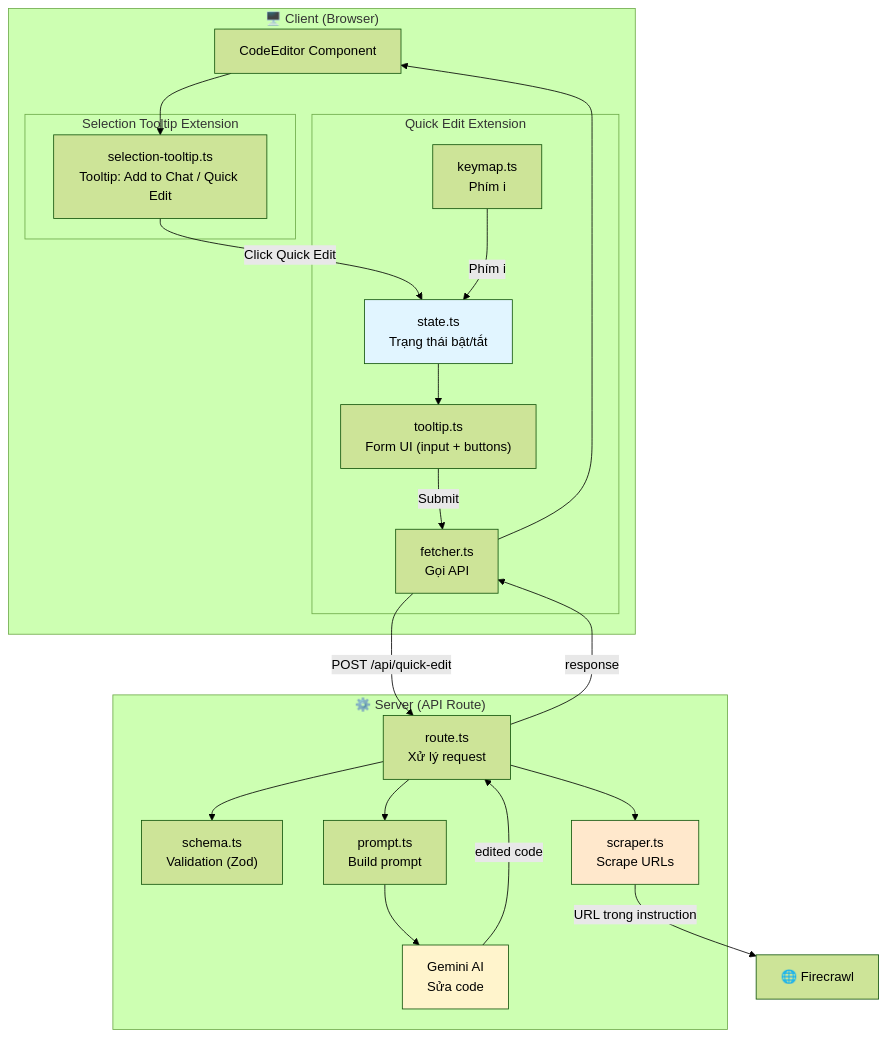
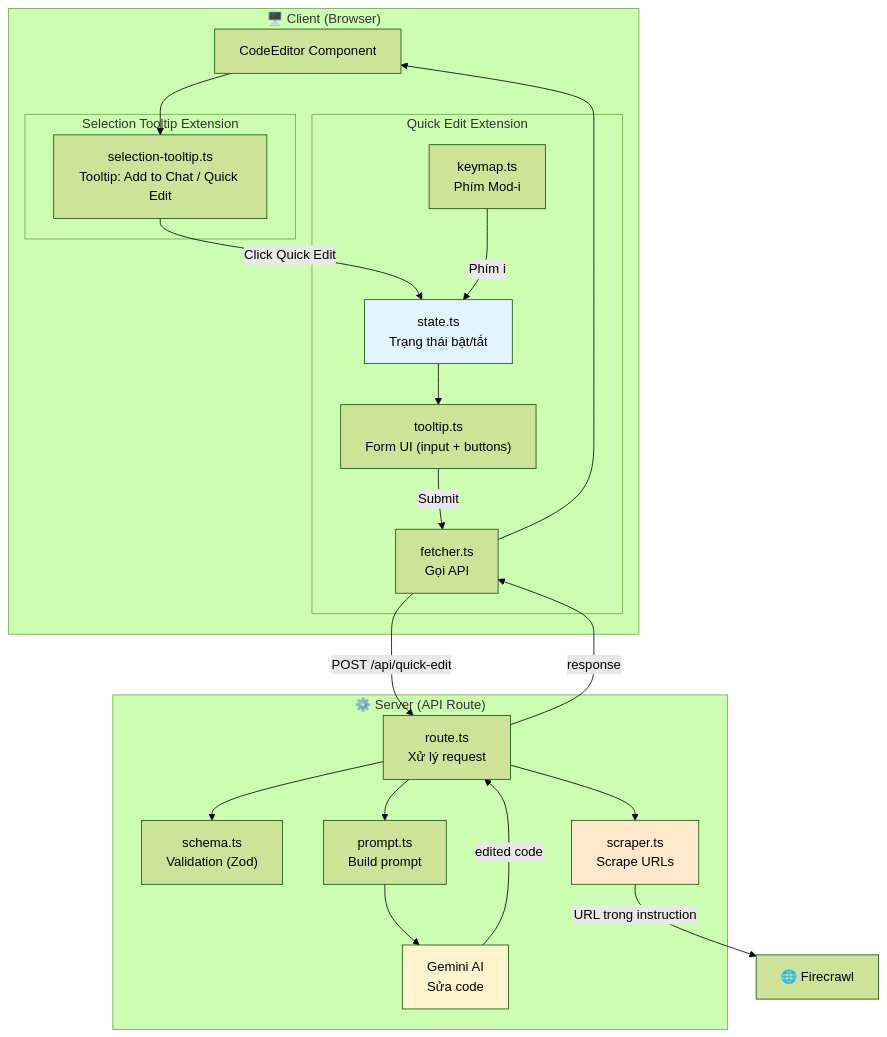
One commit to Code-with-Jok/v0-dev changed the first of 4 diagrams in docs/guides/13-quick-edit-feature.md. Above: the diagram before and after it, drawn with Mermaid (forest theme). The commit also changed other lines of this file and 17 other files, not shown here.

````diff
--- a/docs/guides/13-quick-edit-feature.md
+++ b/docs/guides/13-quick-edit-feature.md
@@ -20,44 +20,44 @@
 ```mermaid
 flowchart TD
     subgraph Client["🖥️ Client (Browser)"]
         Editor["CodeEditor Component"]
 
         subgraph SelectionExt["Selection Tooltip Extension"]
             SelTooltip["selection-tooltip.ts<br/>Tooltip: Add to Chat / Quick Edit"]
         end
 
         subgraph QuickEditExt["Quick Edit Extension"]
             QEState["state.ts<br/>Trạng thái bật/tắt"]
             QETooltip["tooltip.ts<br/>Form UI (input + buttons)"]
-            QEKeymap["keymap.ts<br/>Phím i"]
+            QEKeymap["keymap.ts<br/>Phím Mod-i"]
             QEFetcher["fetcher.ts<br/>Gọi API"]
         end
     end
 
     subgraph Server["⚙️ Server (API Route)"]
         Schema["schema.ts<br/>Validation (Zod)"]
         Prompt["prompt.ts<br/>Build prompt"]
         Scraper["scraper.ts<br/>Scrape URLs"]
         Route["route.ts<br/>Xử lý request"]
         AI["Gemini AI<br/>Sửa code"]
     end
 
     Editor --> SelTooltip
     SelTooltip -->|"Click Quick Edit"| QEState
     QEKeymap -->|"Phím i"| QEState
     QEState --> QETooltip
     QETooltip -->|"Submit"| QEFetcher
     QEFetcher -->|"POST /api/quick-edit"| Route
     Route --> Schema
     Route --> Scraper
     Scraper -->|"URL trong instruction"| Firecrawl["🌐 Firecrawl"]
     Route --> Prompt
     Prompt --> AI
     AI -->|"edited code"| Route
     Route -->|"response"| QEFetcher
     QEFetcher --> Editor
 
     style QEState fill:#e1f5ff
     style AI fill:#fff4cc
     style Scraper fill:#ffe8cc
 ```
````
